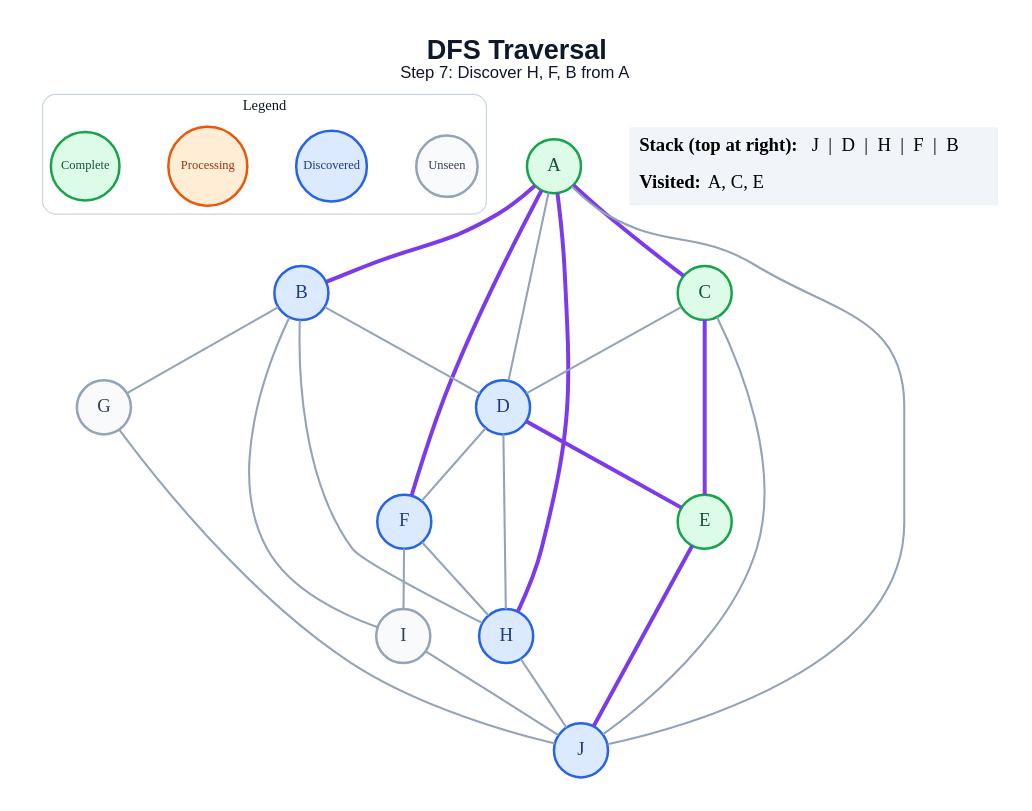
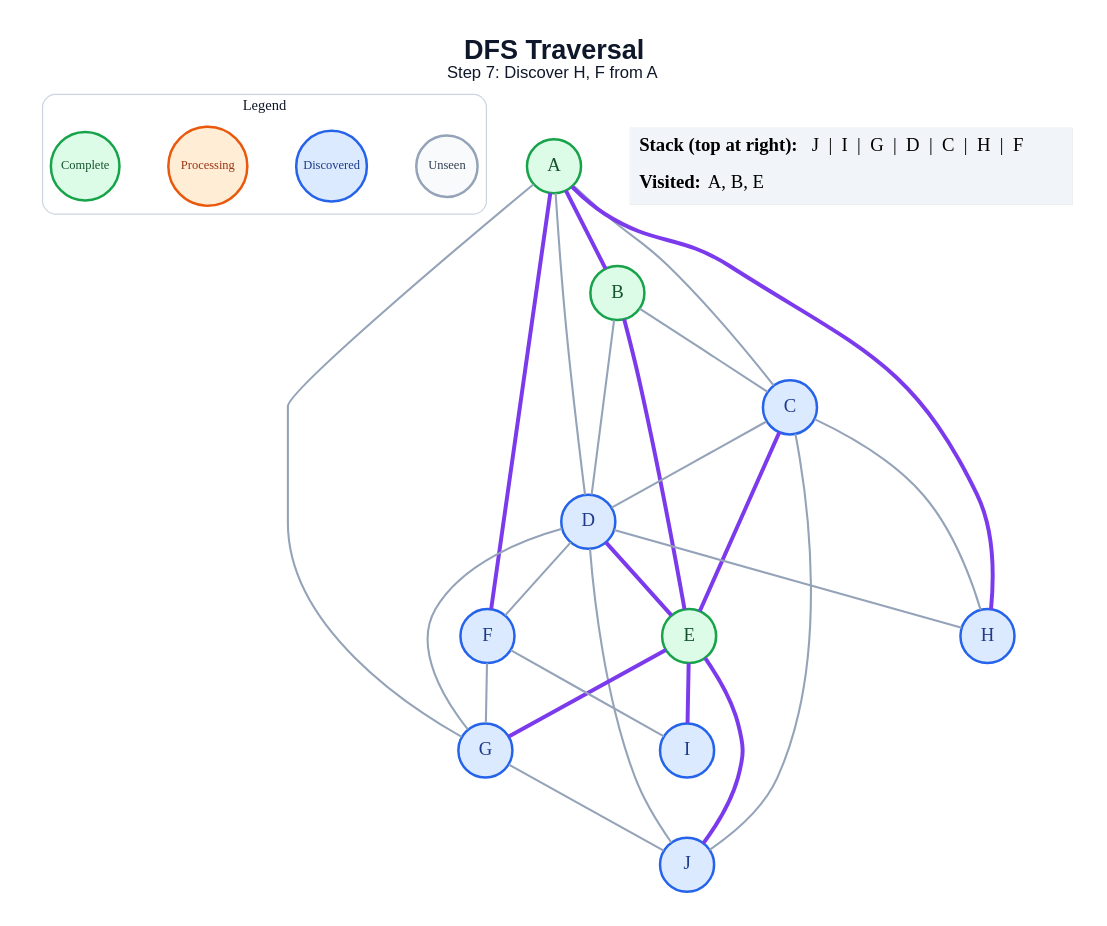
Before and after one commit to amanghodawala9/ai-slop: the diagram in generated/specific-node/dfs/step_07.dot, drawn with Graphviz. The commit also changed 178 other files, not shown here.

```diff
--- a/generated/specific-node/dfs/step_07.dot
+++ b/generated/specific-node/dfs/step_07.dot
@@ -1,51 +1,53 @@
 graph traversal {
   graph [layout=dot, rankdir=TB, bgcolor="#FFFFFF", pad="0.35", nodesep="0.65", ranksep="0.8", fontname="Arial"];
   node [shape=circle, style="filled", fontname="Arial Bold", fontsize=18, width=0.72, fixedsize=true, penwidth=2.4];
   edge [color="#94A3B8", penwidth=2.0];
-  label=<<B>DFS Traversal</B><BR/><FONT POINT-SIZE="16">Step 7: Discover H, F, B from A</FONT>>; labelloc="t"; fontsize=26; fontname="Arial"; fontcolor="#0F172A";
+  label=<<B>DFS Traversal</B><BR/><FONT POINT-SIZE="16">Step 7: Discover H, F from A</FONT>>; labelloc="t"; fontsize=26; fontname="Arial"; fontcolor="#0F172A";
   subgraph cluster_legend { label="Legend"; color="#CBD5E1"; penwidth=1.2; style="rounded"; fontsize=14; fontname="Arial Bold";
     key_unseen [label="Unseen", fillcolor="#F8FAFC", color="#94A3B8", fontcolor="#334155", fontsize=12, width=0.82];
     key_frontier [label="Discovered", fillcolor="#DBEAFE", color="#2563EB", fontcolor="#1E3A8A", fontsize=12, width=0.95];
     key_current [label="Processing", fillcolor="#FFEDD5", color="#EA580C", fontcolor="#9A3412", fontsize=12, width=1.05];
     key_done [label="Complete", fillcolor="#DCFCE7", color="#16A34A", fontcolor="#14532D", fontsize=12, width=0.92];
     { rank=same; key_unseen; key_frontier; key_current; key_done; }
   }
   A [fillcolor="#DCFCE7", color="#16A34A", fontcolor="#14532D"];
-  B [fillcolor="#DBEAFE", color="#2563EB", fontcolor="#1E3A8A"];
-  C [fillcolor="#DCFCE7", color="#16A34A", fontcolor="#14532D"];
+  B [fillcolor="#DCFCE7", color="#16A34A", fontcolor="#14532D"];
+  C [fillcolor="#DBEAFE", color="#2563EB", fontcolor="#1E3A8A"];
   D [fillcolor="#DBEAFE", color="#2563EB", fontcolor="#1E3A8A"];
   E [fillcolor="#DCFCE7", color="#16A34A", fontcolor="#14532D"];
   F [fillcolor="#DBEAFE", color="#2563EB", fontcolor="#1E3A8A"];
-  G [fillcolor="#F8FAFC", color="#94A3B8", fontcolor="#334155"];
+  G [fillcolor="#DBEAFE", color="#2563EB", fontcolor="#1E3A8A"];
   H [fillcolor="#DBEAFE", color="#2563EB", fontcolor="#1E3A8A"];
-  I [fillcolor="#F8FAFC", color="#94A3B8", fontcolor="#334155"];
+  I [fillcolor="#DBEAFE", color="#2563EB", fontcolor="#1E3A8A"];
   J [fillcolor="#DBEAFE", color="#2563EB", fontcolor="#1E3A8A"];
   A -- B [color="#7C3AED", penwidth=3.8];
-  A -- C [color="#7C3AED", penwidth=3.8];
+  A -- C;
   A -- D;
   A -- F [color="#7C3AED", penwidth=3.8];
+  A -- G;
   A -- H [color="#7C3AED", penwidth=3.8];
-  A -- J;
+  B -- C;
   B -- D;
-  B -- G;
-  B -- H;
-  B -- I;
+  B -- E [color="#7C3AED", penwidth=3.8];
   C -- D;
   C -- E [color="#7C3AED", penwidth=3.8];
+  C -- H;
   C -- J;
   D -- E [color="#7C3AED", penwidth=3.8];
   D -- F;
+  D -- G;
   D -- H;
+  D -- J;
+  E -- G [color="#7C3AED", penwidth=3.8];
+  E -- I [color="#7C3AED", penwidth=3.8];
   E -- J [color="#7C3AED", penwidth=3.8];
-  F -- H;
+  F -- G;
   F -- I;
   G -- J;
-  H -- J;
-  I -- J;
   status [shape=plain, fixedsize=false, width=0, height=0, margin=0, label=<
     <TABLE BORDER="0" CELLBORDER="0" CELLPADDING="7" BGCOLOR="#F1F5F9">
-      <TR><TD ALIGN="LEFT"><B>Stack (top at right):</B> J  |  D  |  H  |  F  |  B</TD></TR>
-      <TR><TD ALIGN="LEFT"><B>Visited:</B> A, C, E</TD></TR>
+      <TR><TD ALIGN="LEFT"><B>Stack (top at right):</B> J  |  I  |  G  |  D  |  C  |  H  |  F</TD></TR>
+      <TR><TD ALIGN="LEFT"><B>Visited:</B> A, B, E</TD></TR>
     </TABLE>
   >];
 }
```
